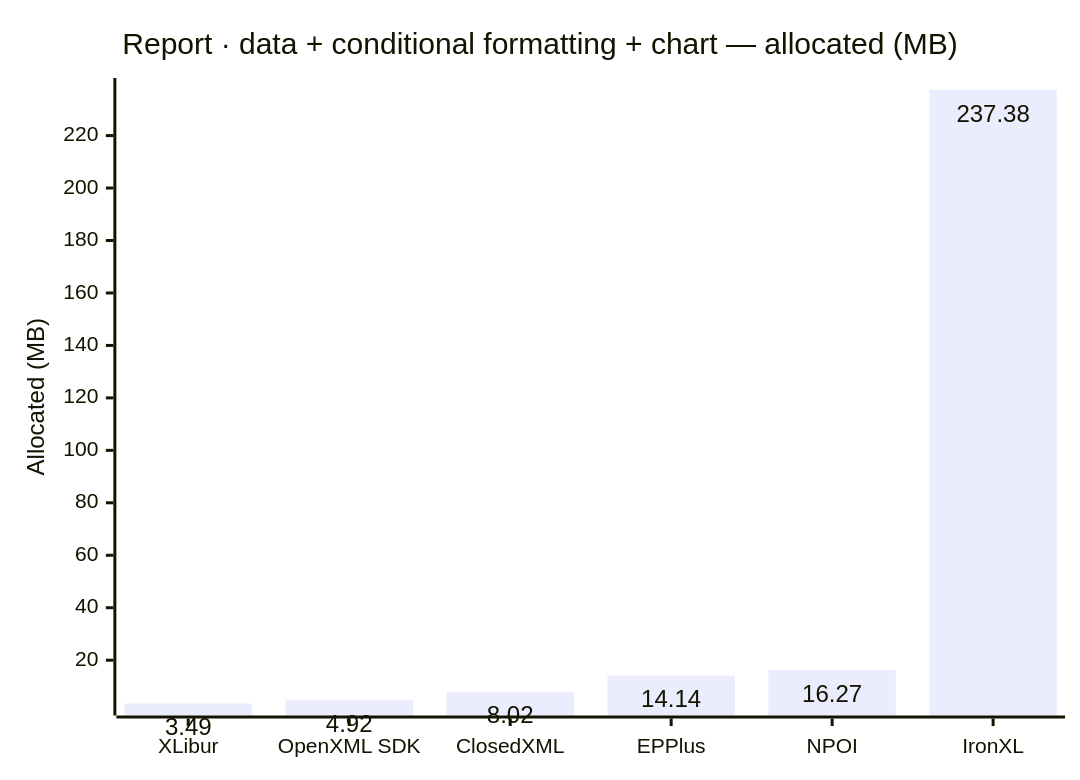
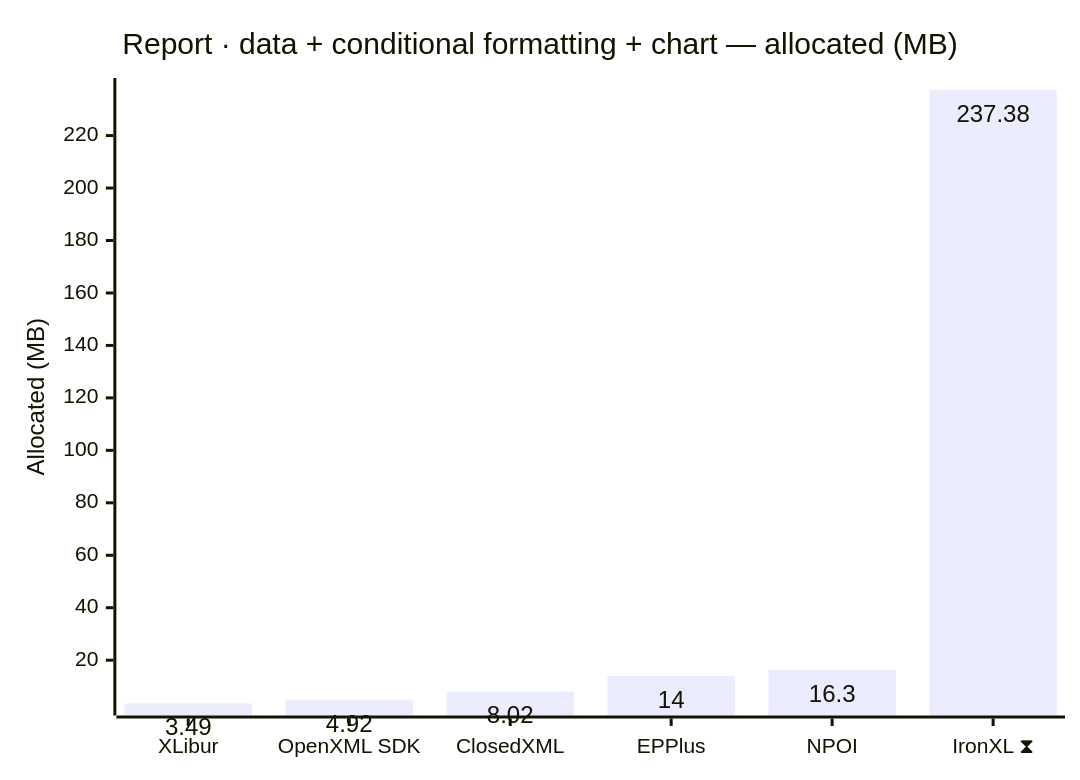
One commit to jafin/XLBench changed the eighth of 10 diagrams in docs/results.md. Above: the diagram before and after it, drawn with Mermaid. The commit also changed other lines of this file and 2 other files, not shown here.

First line of the commit message:
docs: refresh benchmark results on XLibur 0.300.0

````diff
--- a/docs/results.md
+++ b/docs/results.md
@@ -126,12 +130,12 @@
 ```mermaid
 ---
 config:
   xyChart:
     showDataLabel: true
 ---
 xychart-beta
     title "Report · data + conditional formatting + chart — allocated (MB)"
-    x-axis ["XLibur", "OpenXML SDK", "ClosedXML", "EPPlus", "NPOI", "IronXL"]
+    x-axis ["XLibur", "OpenXML SDK", "ClosedXML", "EPPlus", "NPOI", "IronXL ⧗"]
     y-axis "Allocated (MB)"
-    bar [3.49, 4.92, 8.02, 14.14, 16.27, 237.38]
+    bar [3.49, 4.92, 8.02, 14, 16.3, 237.38]
 ```
````
